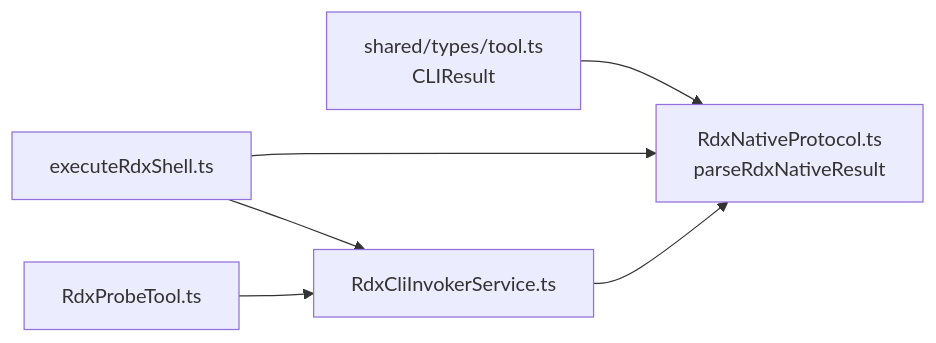
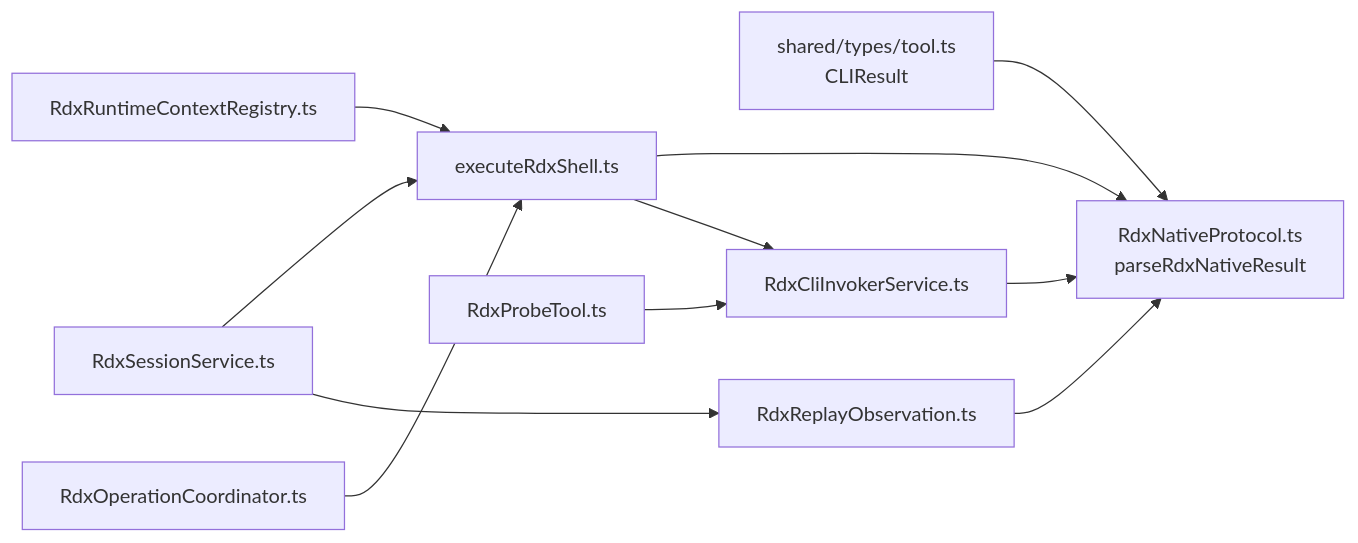
Before and after one commit to haolange/RDC-Agent: the fifth of 5 diagrams in .qoder/repowiki/zh/content/架构设计/核心组件设计/CLI调用器设计/原生协议定义.md, drawn with Mermaid. The commit also changed other lines of this file and 221 other files, not shown here.

````diff
--- a/.qoder/repowiki/zh/content/架构设计/核心组件设计/CLI调用器设计/原生协议定义.md
+++ b/.qoder/repowiki/zh/content/架构设计/核心组件设计/CLI调用器设计/原生协议定义.md
@@ -231,8 +311,13 @@
 ```mermaid
 graph LR
 T["shared/types/tool.ts<br/>CLIResult"] --> P["RdxNativeProtocol.ts<br/>parseRdxNativeResult"]
 I["RdxCliInvokerService.ts"] --> P
 S["executeRdxShell.ts"] --> P
 S --> I
+SS["RdxSessionService.ts"] --> S
+SS --> RO["RdxReplayObservation.ts"]
+RO --> P
 PR["RdxProbeTool.ts"] --> I
+RC["RdxRuntimeContextRegistry.ts"] --> S
+OC["RdxOperationCoordinator.ts"] --> S
 ```
````
